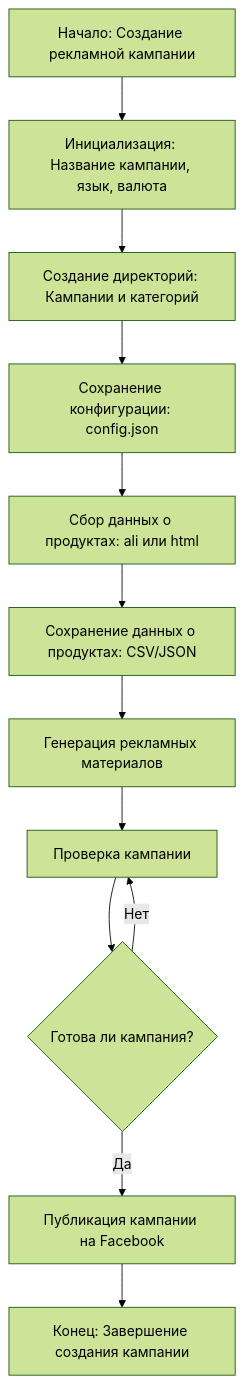
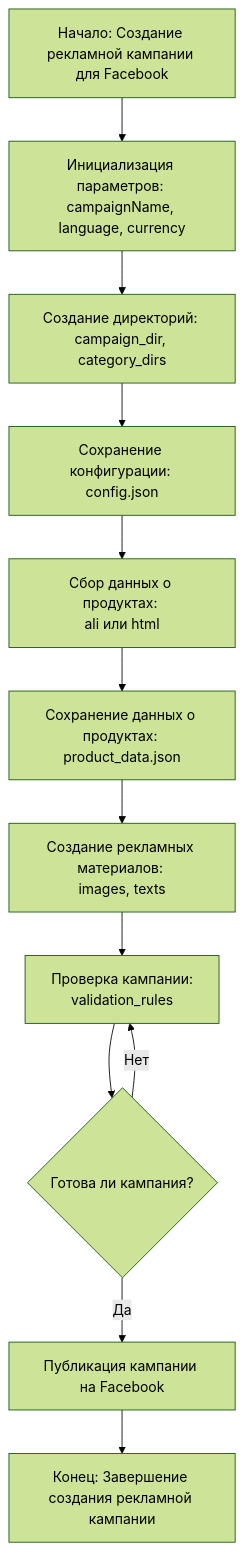
The diagram in docs/gemini/ru/explainer/src/suppliers/aliexpress/campaign/README.RU.MD.md (hypo69/hypo), drawn with Mermaid (forest theme) before and after one commit. The commit also changed other lines of this file and 1505 other files, not shown here.

````diff
--- a/docs/gemini/ru/explainer/src/suppliers/aliexpress/campaign/README.RU.MD.md
+++ b/docs/gemini/ru/explainer/src/suppliers/aliexpress/campaign/README.RU.MD.md
@@ -42,14 +27,14 @@
 ```mermaid
 flowchart TD
-    Start[Начало: Создание рекламной кампании] --> InitParams[Инициализация: Название кампании, язык, валюта]
-    InitParams --> CreateDirs[Создание директорий: Кампании и категорий]
-    CreateDirs --> SaveConfig[Сохранение конфигурации: config.json]
-    SaveConfig --> CollectProductData[Сбор данных о продуктах: ali или html]
-    CollectProductData --> SaveProductData[Сохранение данных о продуктах: CSV/JSON]
-    SaveProductData --> GenerateAds[Генерация рекламных материалов]
-    GenerateAds --> CheckCampaign[Проверка кампании]
+    Start[Начало: Создание рекламной кампании для Facebook] --> InitParams[Инициализация параметров: <br>campaignName, language, currency]
+    InitParams --> CreateDirs[Создание директорий: <br>campaign_dir, category_dirs]
+    CreateDirs --> SaveConfig[Сохранение конфигурации: <br>config.json]
+    SaveConfig --> CollectProducts[Сбор данных о продуктах: <br>ali или html]
+    CollectProducts --> SaveProducts[Сохранение данных о продуктах: <br>product_data.json]
+    SaveProducts --> GenerateAds[Создание рекламных материалов: <br>images, texts]
+    GenerateAds --> CheckCampaign[Проверка кампании: <br>validation_rules]
     CheckCampaign --> IsCampaignReady{Готова ли кампания?}
     IsCampaignReady -- Да --> PublishCampaign[Публикация кампании на Facebook]
     IsCampaignReady -- Нет --> CheckCampaign
-    PublishCampaign --> End[Конец: Завершение создания кампании]
+    PublishCampaign --> End[Конец: Завершение создания рекламной кампании]
 ```
````
